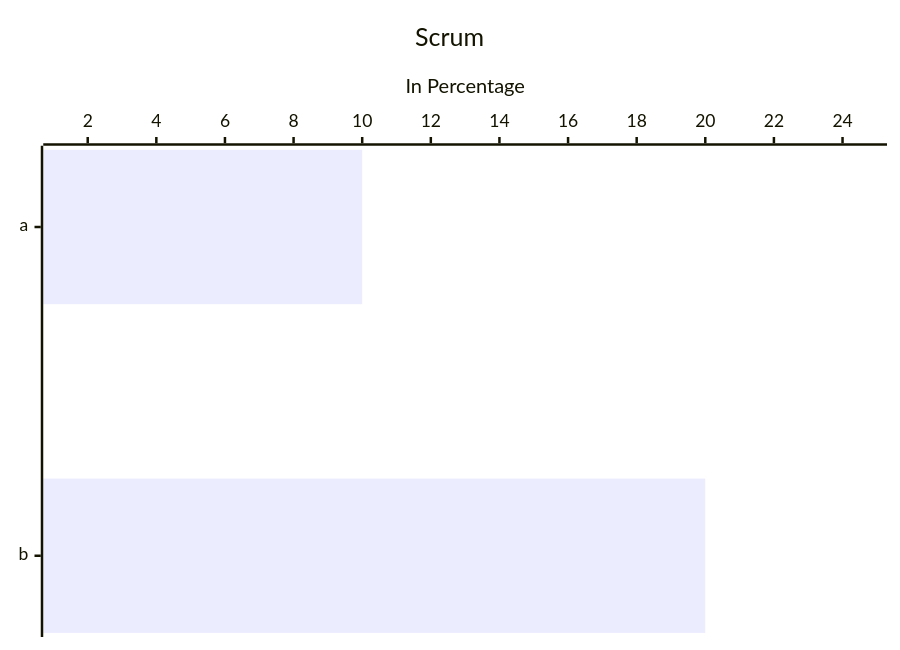
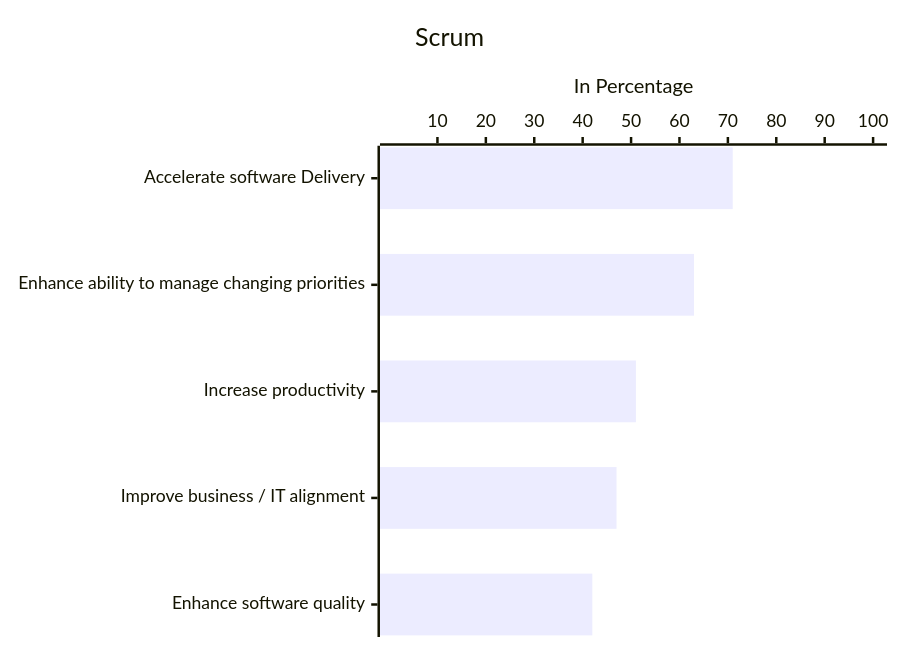
Before and after one commit to SyafaHadyan/learn: the diagram in src/Note/Rekayasa Perangkat Lunak/Bab 6 Simulasi Model Agile SDLC - SCRUM.md, drawn with Mermaid.

````diff
--- a/src/Note/Rekayasa Perangkat Lunak/Bab 6 Simulasi Model Agile SDLC - SCRUM.md
+++ b/src/Note/Rekayasa Perangkat Lunak/Bab 6 Simulasi Model Agile SDLC - SCRUM.md
@@ -8,8 +8,8 @@
 ```mermaid
 xychart-beta horizontal
     title "Scrum"
-    x-axis ["a","b"]
-    y-axis "In Percentage" 1 --> 25
-    bar [10,20]
+    x-axis ["Accelerate software Delivery","Enhance ability to manage changing priorities","Increase productivity","Improve business / IT alignment","Enhance software quality"]
+    y-axis "In Percentage" 1 --> 100
+    bar [71,63,51,47,42]
 
 ```
````
